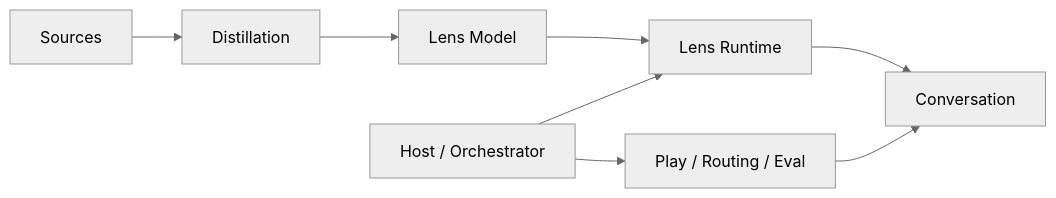
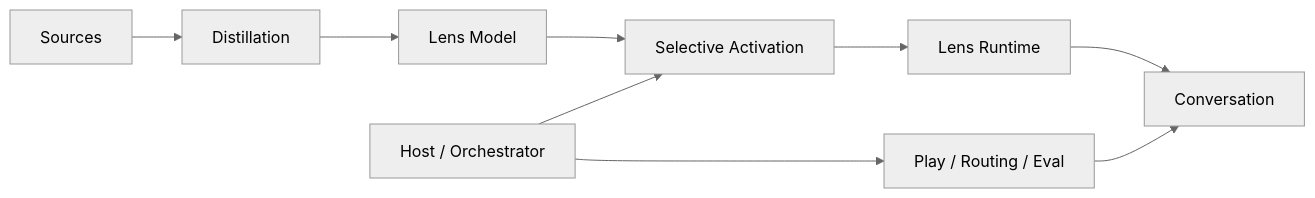
Before and after one commit to cloud-flow-high/cognitive-lenses: the first of 3 diagrams in docs/ARCHITECTURE.md, drawn with Mermaid (neutral theme). The commit also changed other lines of this file, not shown here.

Commit message:
Refactor architecture around selective activation

````diff
--- a/docs/ARCHITECTURE.md
+++ b/docs/ARCHITECTURE.md
@@ -7,10 +15,12 @@
 ```mermaid
 flowchart LR
     SRC[Sources] --> DISTILL[Distillation]
     DISTILL --> MODEL[Lens Model]
-    MODEL --> RUNTIME[Lens Runtime]
-    HOST[Host / Orchestrator] --> RUNTIME
+    MODEL --> ACTIVE[Selective Activation]
+    ACTIVE --> RUNTIME[Lens Runtime]
+    RUNTIME --> CHAT[Conversation]
+
+    HOST[Host / Orchestrator] --> ACTIVE
     HOST --> PLAY[Play / Routing / Eval]
-    RUNTIME --> CHAT[Conversation]
     PLAY --> CHAT
 ```
````
